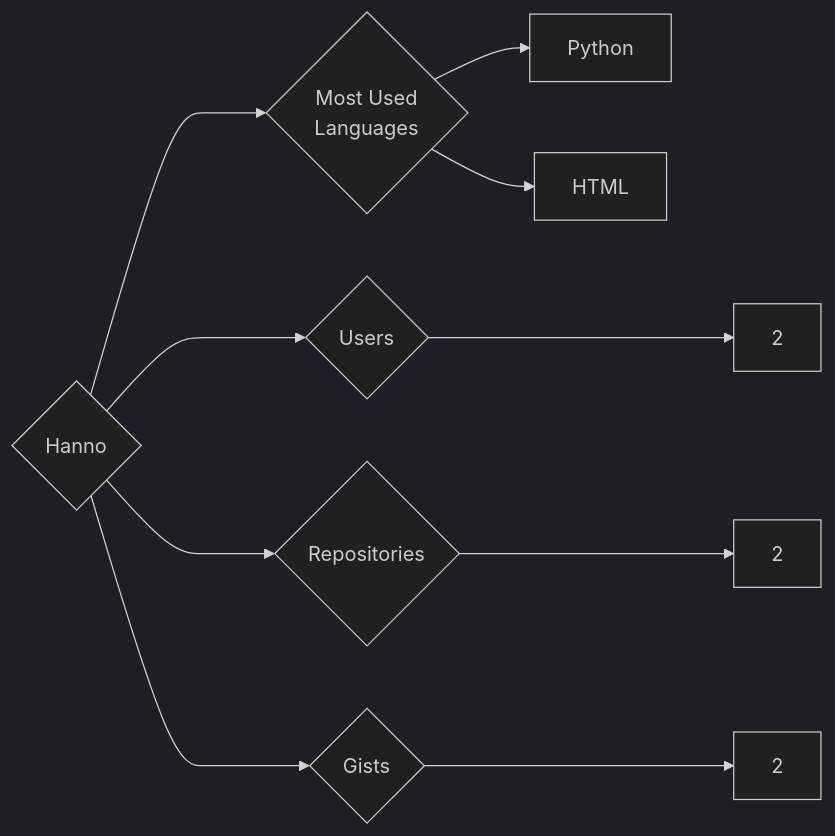
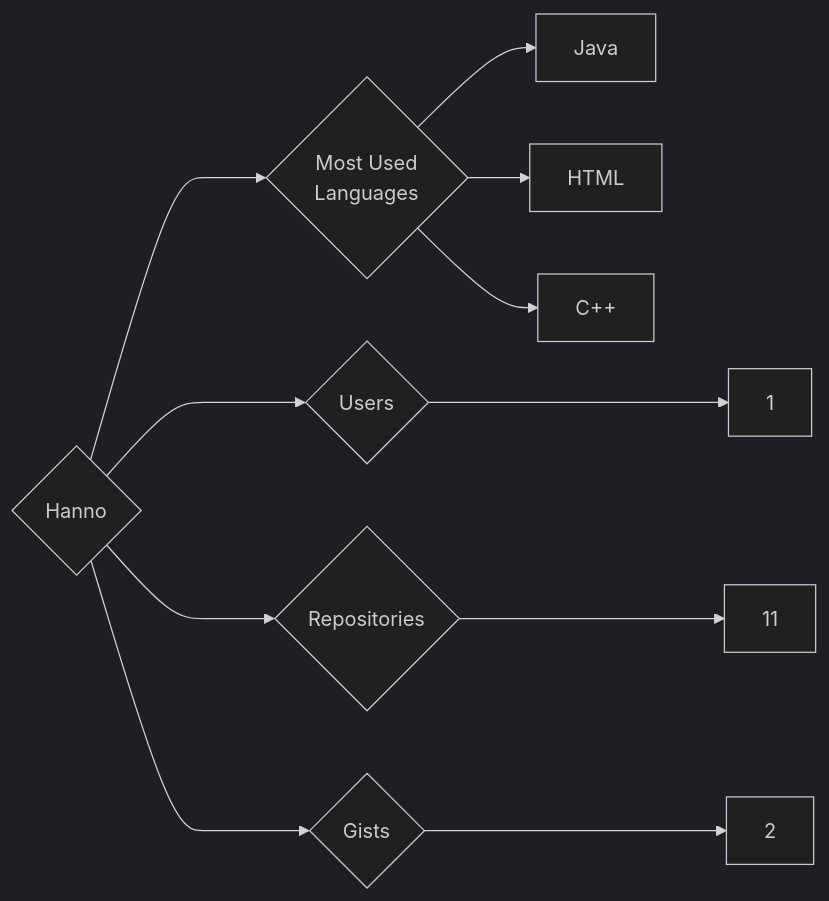
Before and after one commit to trickest/insiders: the diagram in targets/Hanno/README.md, drawn with Mermaid (dark theme). The commit also changed 823 other files, not shown here.

````diff
--- a/targets/Hanno/README.md
+++ b/targets/Hanno/README.md
@@ -3,10 +3,11 @@
 ```mermaid
 graph LR
 COMPANY_NAME{Hanno}
-COMPANY_NAME ---> U{Users} ---> UN[2]
-COMPANY_NAME ---> R{Repositories} ---> RN[2]
+COMPANY_NAME ---> U{Users} ---> UN[1]
+COMPANY_NAME ---> R{Repositories} ---> RN[11]
 COMPANY_NAME ---> G{Gists} ---> GN[2]
 COMPANY_NAME ---> ML{Most Used<br>Languages}
-ML --> Python[Python]
+ML --> Java[Java]
 ML --> HTML[HTML]
+ML --> C++[C++]
 ```
````
